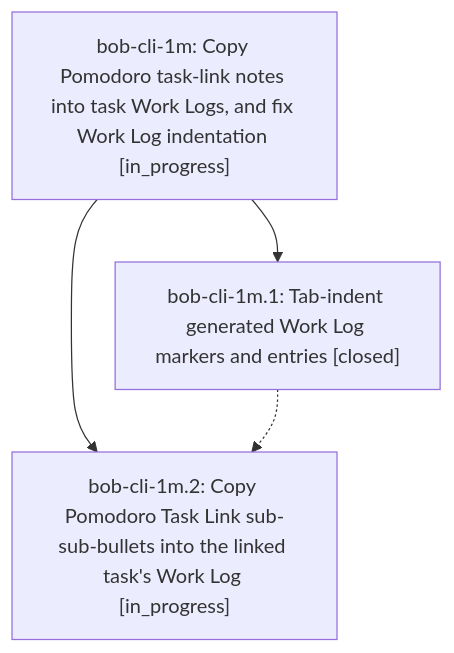
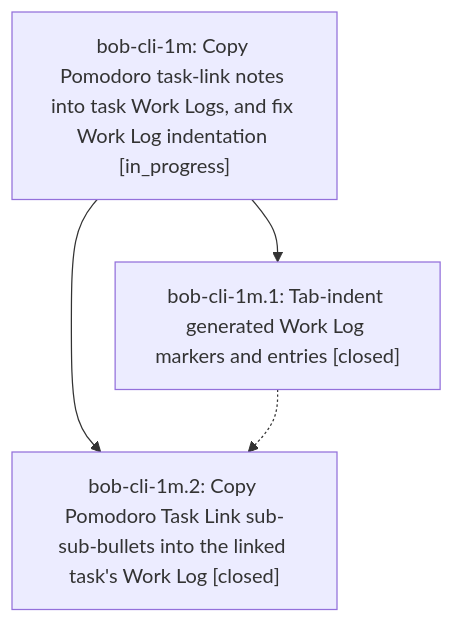
One commit to bobs-org/bob-cli--beads changed the diagram in pages/bob-cli-1m/README.md. Above: the diagram before and after it, drawn with Mermaid. The commit also changed other lines of this file and 2 other files, not shown here.

First line of the commit message:
chore(beads): sync bead state and pages for bob-cli-1m

````diff
--- a/pages/bob-cli-1m/README.md
+++ b/pages/bob-cli-1m/README.md
@@ -35,9 +35,9 @@
 ```mermaid
 flowchart TD
     n0["bob-cli-1m: Copy Pomodoro task-link notes into task Work Logs, and fix Work Log indentation [in_progress]"]
     n1["bob-cli-1m.1: Tab-indent generated Work Log markers and entries [closed]"]
-    n2["bob-cli-1m.2: Copy Pomodoro Task Link sub-sub-bullets into the linked task's Work Log [in_progress]"]
+    n2["bob-cli-1m.2: Copy Pomodoro Task Link sub-sub-bullets into the linked task's Work Log [closed]"]
     n0 --> n1
     n0 --> n2
     n1 -.-> n2
 ```
````
